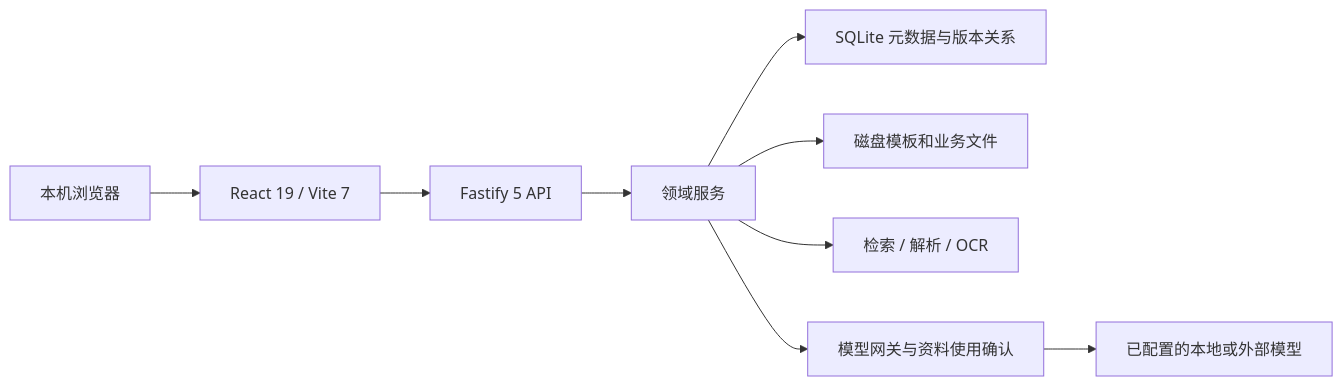
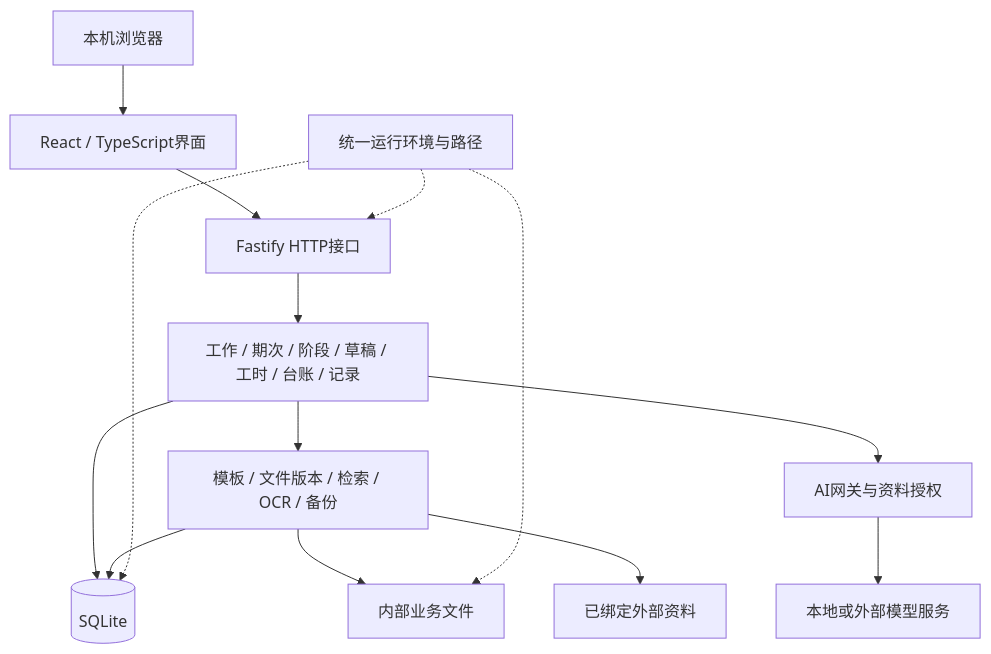
The diagram in SYSTEM_ARCHITECTURE.md (naobuqingjiaosha/WorkBench), drawn with Mermaid before and after one commit. The commit also changed other lines of this file and 15 other files, not shown here.

````diff
--- a/SYSTEM_ARCHITECTURE.md
+++ b/SYSTEM_ARCHITECTURE.md
@@ -11,11 +11,16 @@
 ```mermaid
-flowchart LR
-  U[本机浏览器] --> W[React 19 / Vite 7]
-  W --> A[Fastify 5 API]
-  A --> D[领域服务]
-  D --> S[SQLite 元数据与版本关系]
-  D --> F[磁盘模板和业务文件]
-  D --> K[检索 / 解析 / OCR]
-  D --> G[模型网关与资料使用确认]
-  G --> M[已配置的本地或外部模型]
+flowchart TB
+  U[本机浏览器] --> W[React / TypeScript界面]
+  W --> A[Fastify HTTP接口]
+  A --> D[工作 / 期次 / 阶段 / 草稿 / 工时 / 台账 / 记录]
+  D --> C[模板 / 文件版本 / 检索 / OCR / 备份]
+  D --> G[AI网关与资料授权]
+  D --> S[(SQLite)]
+  C --> S
+  C --> F[内部业务文件]
+  C --> E[已绑定外部资料]
+  G --> M[本地或外部模型服务]
+  R[统一运行环境与路径] -.-> A
+  R -.-> S
+  R -.-> F
 ```
````
